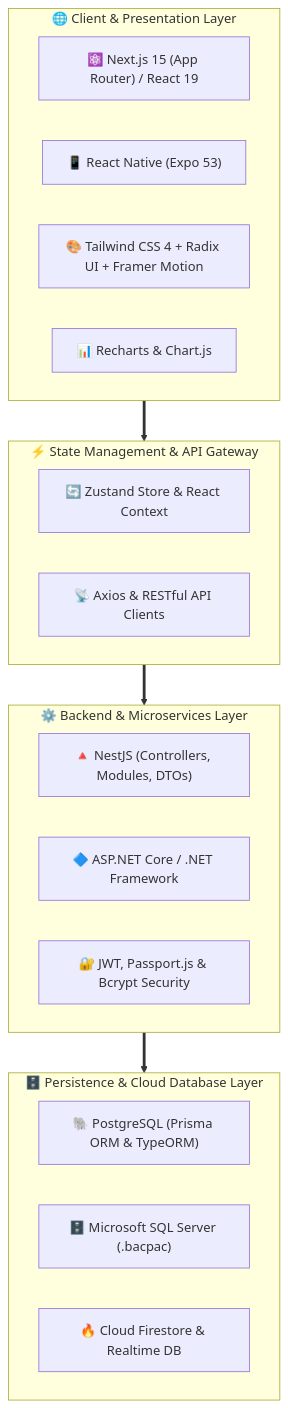
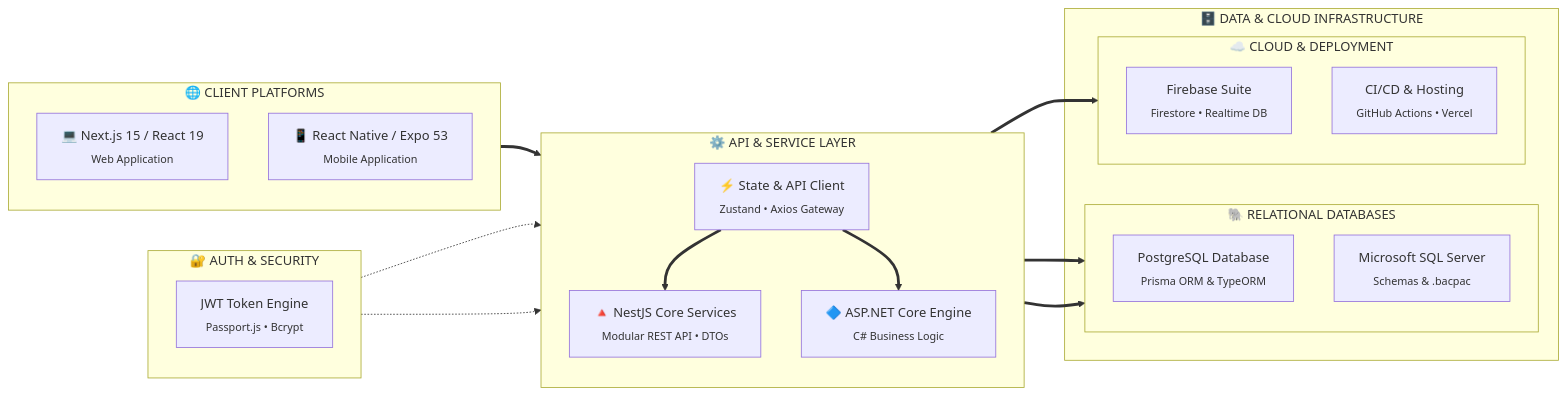
The diagram in README.md (FaiazRahmanFahim/FaiazRahmanFahim), drawn with Mermaid before and after one commit. The commit also changed 2 other files, not shown here.

Commit message:
style: redesign architecture diagram to 2D branched layout

````diff
--- a/README.md
+++ b/README.md
@@ -150,30 +150,38 @@
 ```mermaid
-flowchart TD
-    subgraph Client ["🌐 Client & Presentation Layer"]
-        Next["⚛️ Next.js 15 (App Router) / React 19"]
-        Native["📱 React Native (Expo 53)"]
-        UI["🎨 Tailwind CSS 4 + Radix UI + Framer Motion"]
-        Viz["📊 Recharts & Chart.js"]
+flowchart LR
+    subgraph Clients ["🌐 CLIENT PLATFORMS"]
+        Web["💻 Next.js 15 / React 19<br/><sub>Web Application</sub>"]
+        Mobile["📱 React Native / Expo 53<br/><sub>Mobile Application</sub>"]
     end
 
-    subgraph StateBridge ["⚡ State Management & API Gateway"]
-        State["🔄 Zustand Store & React Context"]
-        ClientAPI["📡 Axios & RESTful API Clients"]
+    subgraph CoreEngine ["⚙️ API & SERVICE LAYER"]
+        direction TB
+        Gate["⚡ State & API Client<br/><sub>Zustand • Axios Gateway</sub>"]
+        Nest["🔺 NestJS Core Services<br/><sub>Modular REST API • DTOs</sub>"]
+        DotNet["🔷 ASP.NET Core Engine<br/><sub>C# Business Logic</sub>"]
+        Gate ==> Nest
+        Gate ==> DotNet
     end
 
-    subgraph BackendServices ["⚙️ Backend & Microservices Layer"]
-        Nest["🔺 NestJS (Controllers, Modules, DTOs)"]
-        DotNet["🔷 ASP.NET Core / .NET Framework"]
-        AuthService["🔐 JWT, Passport.js & Bcrypt Security"]
+    subgraph SecurityLayer ["🔐 AUTH & SECURITY"]
+        Auth["JWT Token Engine<br/><sub>Passport.js • Bcrypt</sub>"]
     end
 
-    subgraph DataStorage ["🗄️ Persistence & Cloud Database Layer"]
-        Postgres["🐘 PostgreSQL (Prisma ORM & TypeORM)"]
-        SQLServer["🗄️ Microsoft SQL Server (.bacpac)"]
-        Firebase["🔥 Cloud Firestore & Realtime DB"]
+    subgraph Storage ["🗄️ DATA & CLOUD INFRASTRUCTURE"]
+        subgraph Databases ["🐘 RELATIONAL DATABASES"]
+            Postgres["PostgreSQL Database<br/><sub>Prisma ORM & TypeORM</sub>"]
+            SQLServer["Microsoft SQL Server<br/><sub>Schemas & .bacpac</sub>"]
+        end
+        subgraph CloudInfra ["☁️ CLOUD & DEPLOYMENT"]
+            Firebase["Firebase Suite<br/><sub>Firestore • Realtime DB</sub>"]
+            Deploy["CI/CD & Hosting<br/><sub>GitHub Actions • Vercel</sub>"]
+        end
     end
 
-    Client ==> StateBridge
-    StateBridge ==> BackendServices
-    BackendServices ==> DataStorage
+    Clients ==> Gate
+    SecurityLayer -.-> Nest
+    SecurityLayer -.-> DotNet
+    Nest ==> Databases
+    Nest ==> CloudInfra
+    DotNet ==> Databases
 ```
````
